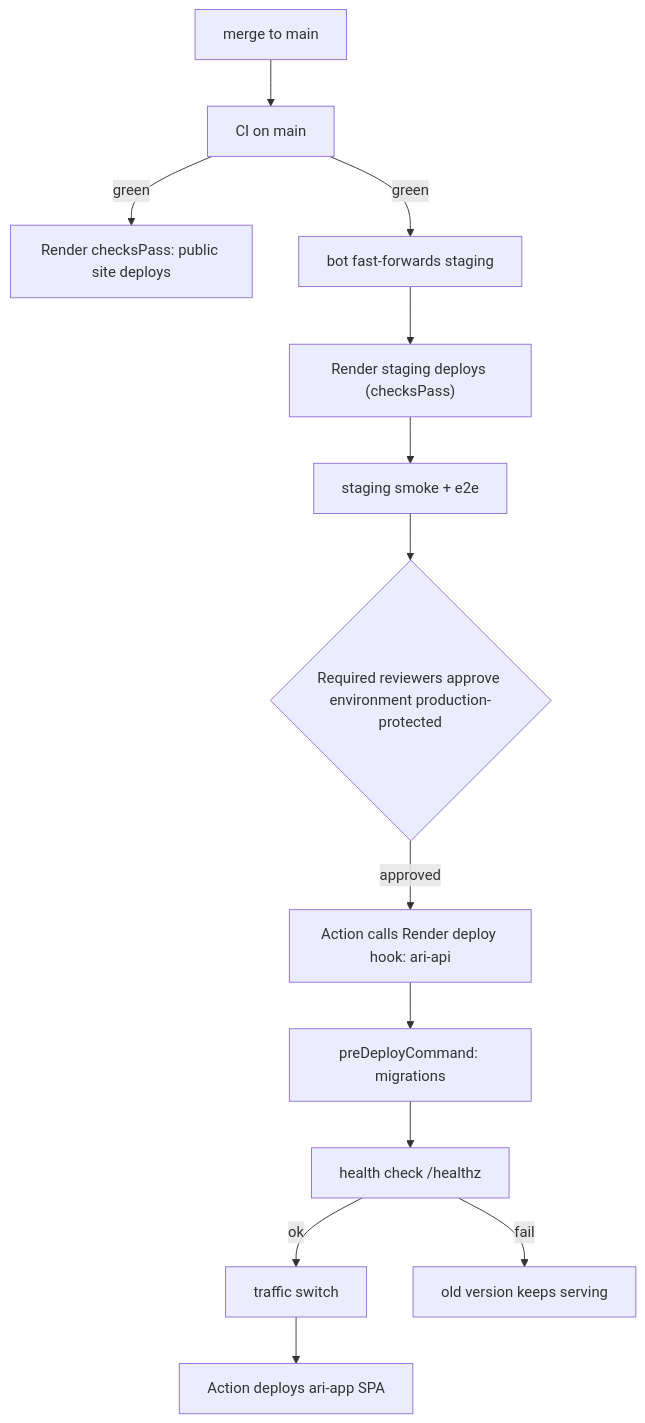
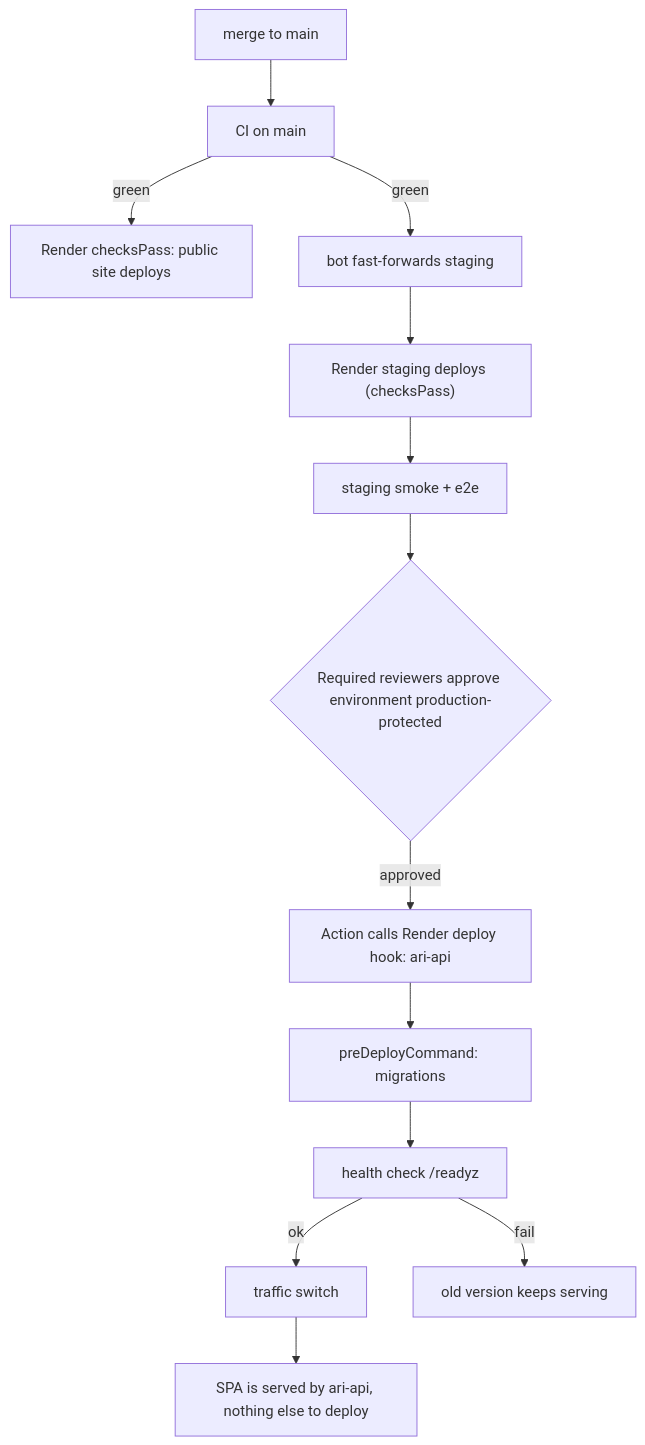
Before and after one commit to johnny882020/ARI-PST: the diagram in plan/07-devops-cicd/02-render-deploy-design.md, drawn with Mermaid. The commit also changed other lines of this file and 88 other files, not shown here.

````diff
--- a/plan/07-devops-cicd/02-render-deploy-design.md
+++ b/plan/07-devops-cicd/02-render-deploy-design.md
@@ -15,15 +15,15 @@
 ```mermaid
 flowchart TD
   A["merge to main"] --> B["CI on main"]
   B -->|green| C["Render checksPass: public site deploys"]
   B -->|green| D["bot fast-forwards staging"]
   D --> E["Render staging deploys (checksPass)"]
   E --> F["staging smoke + e2e"]
   F --> G{"Required reviewers approve environment production-protected"}
   G -->|approved| H["Action calls Render deploy hook: ari-api"]
   H --> I["preDeployCommand: migrations"]
-  I --> J["health check /healthz"]
+  I --> J["health check /readyz"]
   J -->|ok| K["traffic switch"]
-  K --> L["Action deploys ari-app SPA"]
+  K --> L["SPA is served by ari-api, nothing else to deploy"]
   J -->|fail| M["old version keeps serving"]
 ```
````
